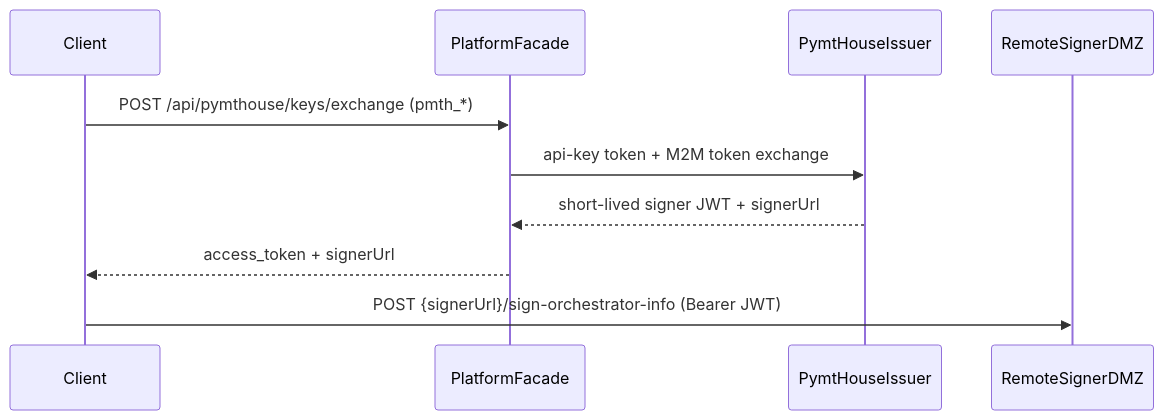
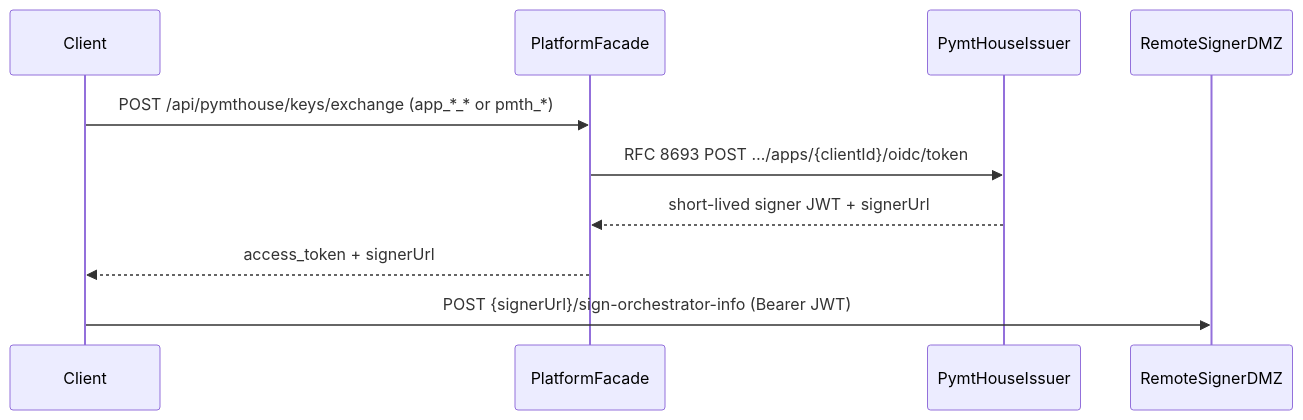
The diagram in README.md (pymthouse/builder-sdk), drawn with Mermaid before and after one commit. The commit also changed other lines of this file and 29 other files, not shown here.

First line of the commit message:
feat(signer)!: composite app_*_* keys and OIDC token exchange (#44)

````diff
--- a/README.md
+++ b/README.md
@@ -121,13 +131,13 @@
 ```mermaid
 sequenceDiagram
   participant Client
   participant Facade as PlatformFacade
   participant Issuer as PymtHouseIssuer
   participant Signer as RemoteSignerDMZ
 
-  Client->>Facade: POST /api/pymthouse/keys/exchange (pmth_*)
-  Facade->>Issuer: api-key token + M2M token exchange
+  Client->>Facade: POST /api/pymthouse/keys/exchange (app_*_* or pmth_*)
+  Facade->>Issuer: RFC 8693 POST …/apps/{clientId}/oidc/token
   Issuer-->>Facade: short-lived signer JWT + signerUrl
   Facade-->>Client: access_token + signerUrl
   Client->>Signer: POST {signerUrl}/sign-orchestrator-info (Bearer JWT)
 ```
````
